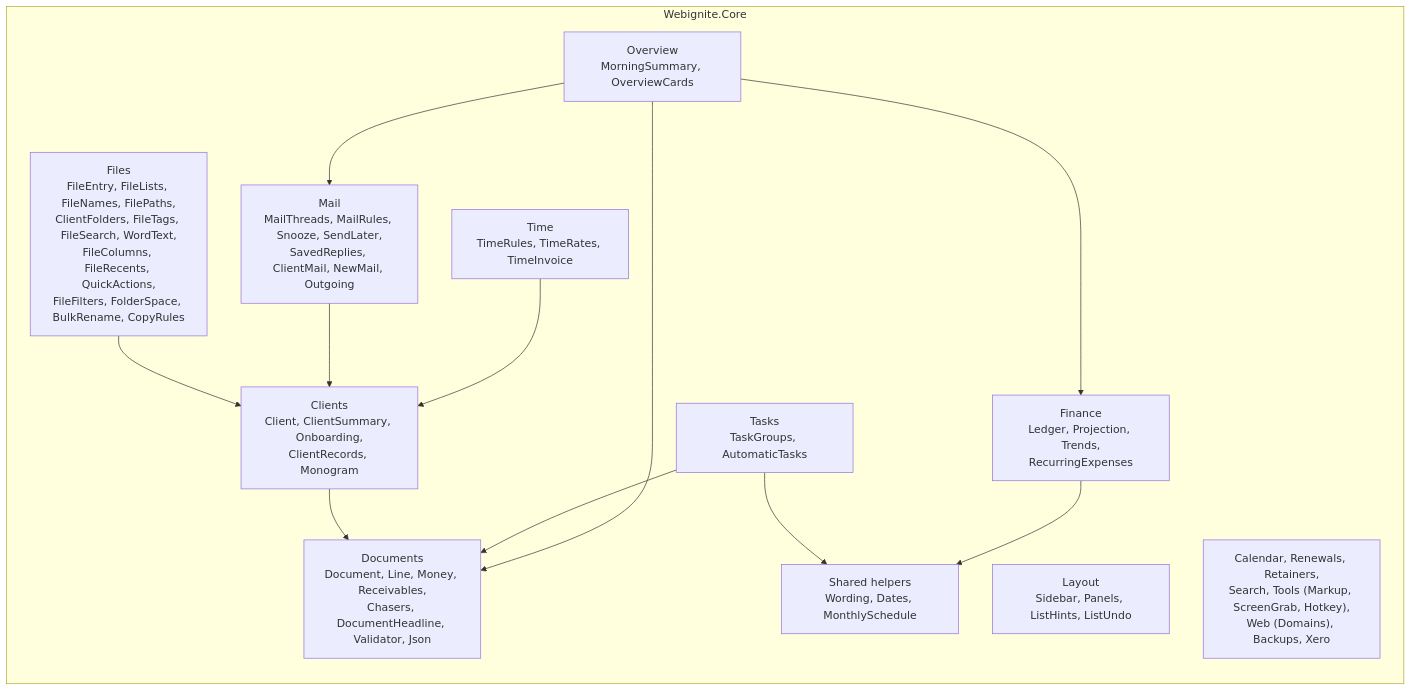
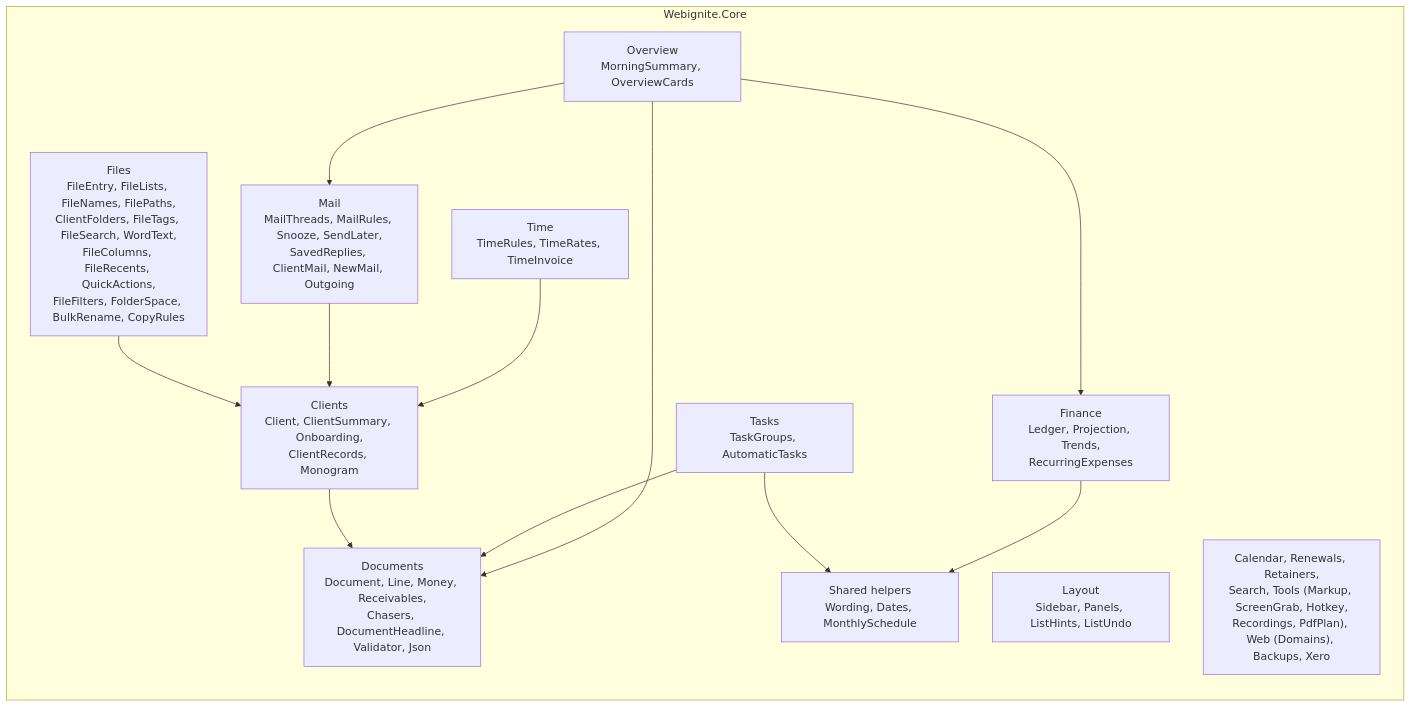
Before and after one commit to EdWebIgnite/Webignite-Desktop: the fourth of 9 diagrams in docs/architecture.md, drawn with Mermaid. The commit also changed other lines of this file and 24 other files, not shown here.

First line of the commit message:
PDF tools: pages, merge and split, fill in and sign, smaller, pictures

````diff
--- a/docs/architecture.md
+++ b/docs/architecture.md
@@ -114,26 +114,26 @@
 ```mermaid
 flowchart LR
     subgraph core["Webignite.Core"]
         documents["Documents<br/>Document, Line, Money, Receivables,<br/>Chasers, DocumentHeadline, Validator, Json"]
         clients["Clients<br/>Client, ClientSummary, Onboarding,<br/>ClientRecords, Monogram"]
         mailc["Mail<br/>MailThreads, MailRules, Snooze, SendLater,<br/>SavedReplies, ClientMail, NewMail, Outgoing"]
         finance["Finance<br/>Ledger, Projection, Trends,<br/>RecurringExpenses"]
         time["Time<br/>TimeRules, TimeRates, TimeInvoice"]
         tasks["Tasks<br/>TaskGroups, AutomaticTasks"]
         overview["Overview<br/>MorningSummary, OverviewCards"]
         layout["Layout<br/>Sidebar, Panels, ListHints, ListUndo"]
         shared["Shared helpers<br/>Wording, Dates, MonthlySchedule"]
         files["Files<br/>FileEntry, FileLists, FileNames, FilePaths,<br/>ClientFolders, FileTags, FileSearch, WordText,<br/>FileColumns, FileRecents, QuickActions,<br/>FileFilters, FolderSpace, BulkRename, CopyRules"]
-        other["Calendar, Renewals, Retainers,<br/>Search, Tools (Markup, ScreenGrab, Hotkey),<br/>Web (Domains), Backups, Xero"]
+        other["Calendar, Renewals, Retainers,<br/>Search, Tools (Markup, ScreenGrab, Hotkey,<br/>Recordings, PdfPlan), Web (Domains), Backups, Xero"]
     end
     overview --> documents
     overview --> finance
     overview --> mailc
     tasks --> documents
     clients --> documents
     time --> clients
     mailc --> clients
     files --> clients
     finance --> shared
     tasks --> shared
 ```
````
